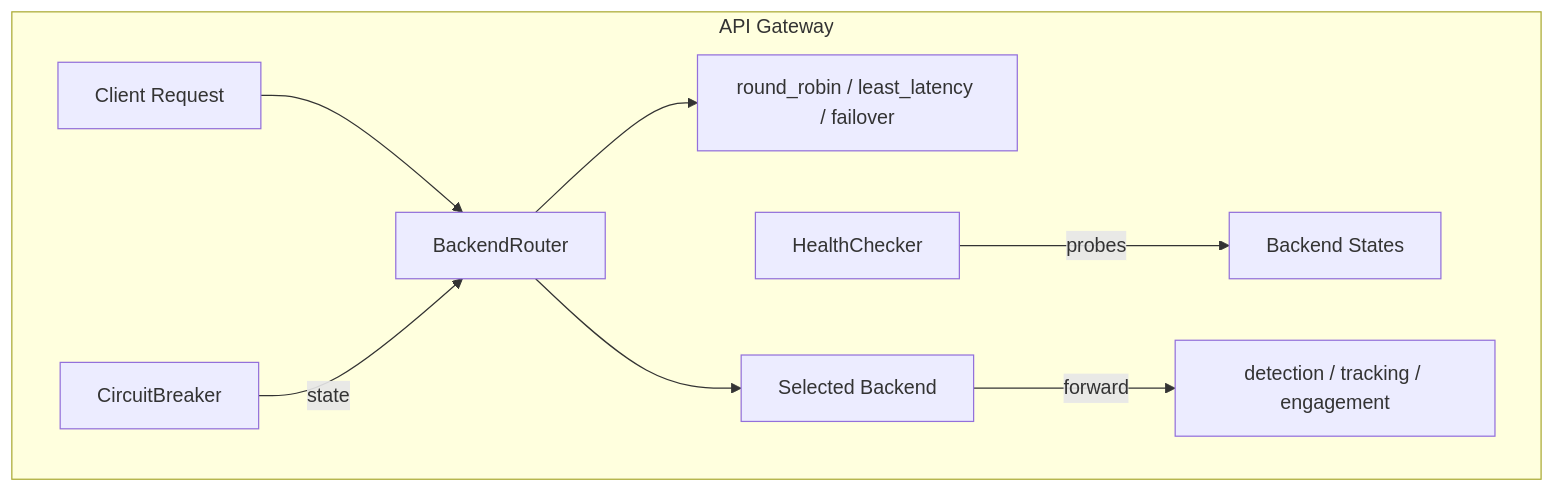
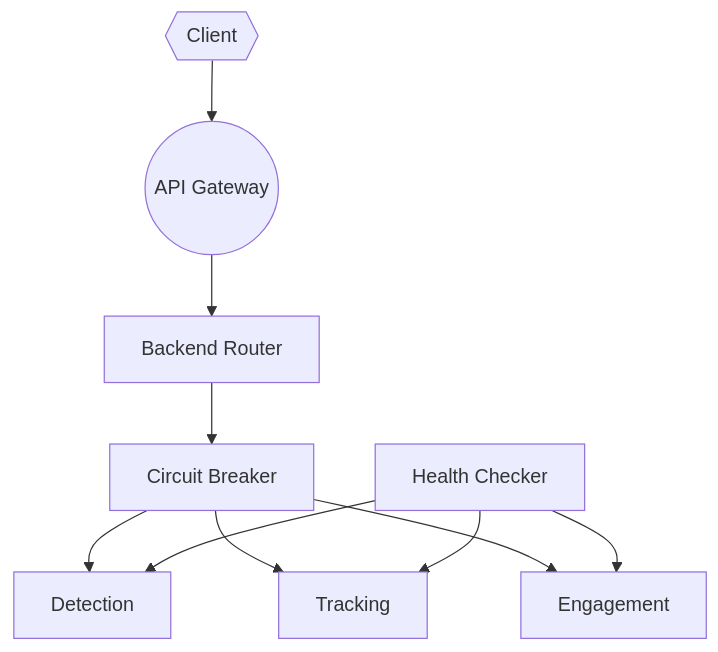
One commit to AAH20/Apex_C-UAS changed the third of 3 diagrams in README.md. Above: the diagram before and after it, drawn with Mermaid. The commit also changed other lines of this file and 51 other files, not shown here.

````diff
--- a/README.md
+++ b/README.md
@@ -1177,11 +70,12 @@
 ```mermaid
 flowchart TD
-    subgraph Gateway [API Gateway]
-    A[Client Request] --> B[BackendRouter]
-    B --> C[round_robin / least_latency / failover]
-    B --> D[Selected Backend]
-    E[HealthChecker] -->|probes| F[Backend States]
-    G[CircuitBreaker] -->|state| B
-    D -->|forward| H[detection / tracking / engagement]
-    end
+    Client{{Client}} --> Gateway((API Gateway))
+    Gateway --> Router[Backend Router]
+    Router --> Breaker[Circuit Breaker]
+    Breaker --> Detection[Detection]
+    Breaker --> Tracking[Tracking]
+    Breaker --> Engagement[Engagement]
+    Health[Health Checker] --> Detection
+    Health --> Tracking
+    Health --> Engagement
 ```
````
